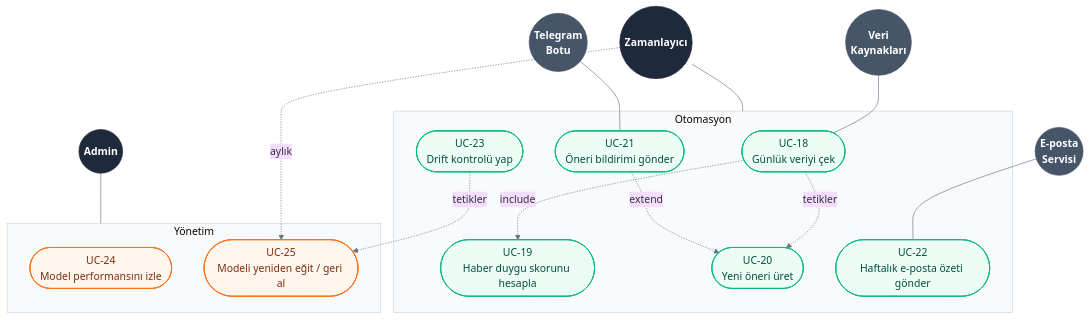
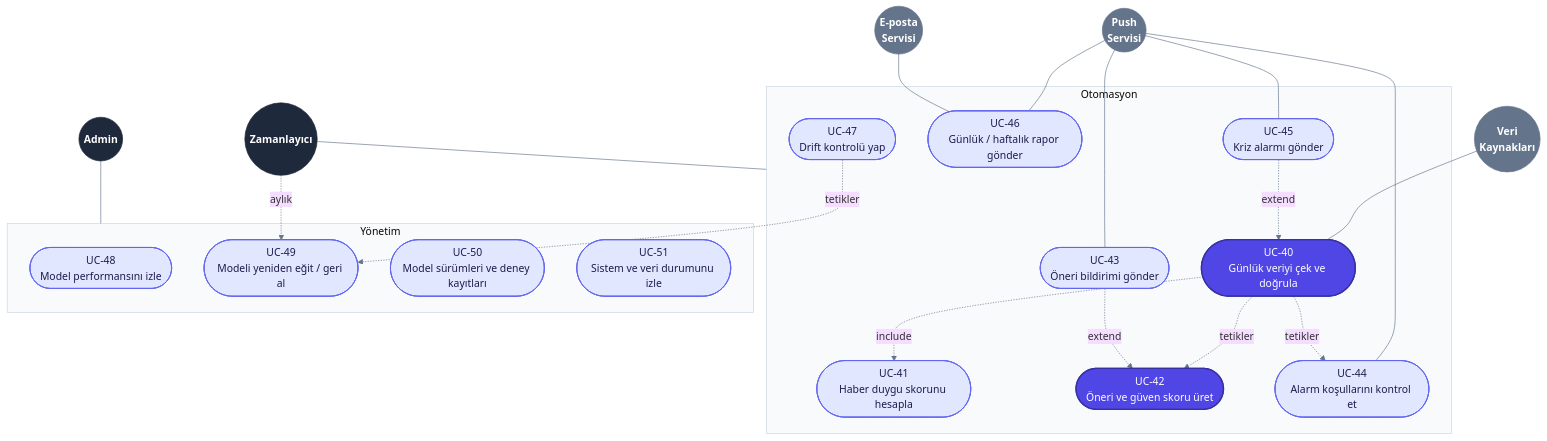
The third of 3 diagrams in docs/diagrams/use_case.md (isambais/portfoyai), drawn with Mermaid before and after one commit. The commit also changed other lines of this file, not shown here.

````diff
--- a/docs/diagrams/use_case.md
+++ b/docs/diagrams/use_case.md
@@ -80,52 +145,58 @@
 ```mermaid
 %%{init: {'theme':'base', 'themeVariables': {'fontFamily':'Arial', 'lineColor':'#64748B', 'clusterBkg':'#F8FAFC', 'clusterBorder':'#CBD5E1'}}}%%
 flowchart TB
-    %% ================= BİRİNCİL AKTÖRLER (üstte) =================
+    %% ===== AKTÖRLER (üst sıra) =====
     Z((Zamanlayıcı))
     A((Admin))
+    V((Veri<br/>Kaynakları))
+    P((Push<br/>Servisi))
+    E((E-posta<br/>Servisi))
 
-    %% ================= GRUPLAR =================
-    subgraph G5[" Otomasyon "]
-        UC18([UC-18<br/>Günlük veriyi çek])
-        UC19([UC-19<br/>Haber duygu skorunu hesapla])
-        UC20([UC-20<br/>Yeni öneri üret])
-        UC21([UC-21<br/>Öneri bildirimi gönder])
-        UC22([UC-22<br/>Haftalık e-posta özeti gönder])
-        UC23([UC-23<br/>Drift kontrolü yap])
+    %% ===== GRUPLAR =====
+    subgraph G8[" Otomasyon "]
+        UC40([UC-40<br/>Günlük veriyi çek ve doğrula])
+        UC41([UC-41<br/>Haber duygu skorunu hesapla])
+        UC42([UC-42<br/>Öneri ve güven skoru üret])
+        UC43([UC-43<br/>Öneri bildirimi gönder])
+        UC44([UC-44<br/>Alarm koşullarını kontrol et])
+        UC45([UC-45<br/>Kriz alarmı gönder])
+        UC46([UC-46<br/>Günlük / haftalık rapor gönder])
+        UC47([UC-47<br/>Drift kontrolü yap])
     end
 
-    subgraph G6[" Yönetim "]
-        UC24([UC-24<br/>Model performansını izle])
-        UC25([UC-25<br/>Modeli yeniden eğit / geri al])
+    subgraph G9[" Yönetim "]
+        UC48([UC-48<br/>Model performansını izle])
+        UC49([UC-49<br/>Modeli yeniden eğit / geri al])
+        UC50([UC-50<br/>Model sürümleri ve deney kayıtları])
+        UC51([UC-51<br/>Sistem ve veri durumunu izle])
     end
 
-    %% ================= İKİNCİL AKTÖRLER: dış sistemler (üst sırada) =================
-    V((Veri<br/>Kaynakları))
-    T((Telegram<br/>Botu))
-    E((E-posta<br/>Servisi))
+    %% ===== BAĞLANTILAR =====
+    Z --- G8
+    A --- G9
+    Z -. aylık .-> UC49
+    V --- UC40
+    P --- UC43
+    P --- UC44
+    P --- UC45
+    P --- UC46
+    E --- UC46
 
-    %% ================= BAĞLANTILAR =================
-    Z --- G5
-    A --- G6
-    Z -. aylık .-> UC25
+    UC40 -. include .-> UC41
+    UC40 -. tetikler .-> UC42
+    UC43 -. extend .-> UC42
+    UC40 -. tetikler .-> UC44
+    UC45 -. extend .-> UC40
+    UC47 -. tetikler .-> UC49
 
-    V --- UC18
-    T --- UC21
-    E --- UC22
-
-    UC18 -. include .-> UC19
-    UC18 -. tetikler .-> UC20
-    UC21 -. extend .-> UC20
-    UC23 -. tetikler .-> UC25
-
-    %% ================= STİL =================
+    %% ===== STİL (renk = öncelik) =====
     classDef actor fill:#1E293B,stroke:#1E293B,color:#FFFFFF,font-weight:bold
-    classDef ext fill:#475569,stroke:#475569,color:#FFFFFF,font-weight:bold
-    classDef auto fill:#ECFDF5,stroke:#10B981,stroke-width:1.5px,color:#064E3B
-    classDef admin fill:#FFF7ED,stroke:#F97316,stroke-width:1.5px,color:#7C2D12
+    classDef ext fill:#64748B,stroke:#64748B,color:#FFFFFF,font-weight:bold
+    classDef must fill:#4F46E5,stroke:#3730A3,stroke-width:2px,color:#FFFFFF
+    classDef should fill:#E0E7FF,stroke:#6366F1,stroke-width:1.5px,color:#1E1B4B
 
     class Z,A actor
-    class V,T,E ext
-    class UC18,UC19,UC20,UC21,UC22,UC23 auto
-    class UC24,UC25 admin
+    class V,P,E ext
+    class UC40,UC42 must
+    class UC41,UC43,UC44,UC45,UC46,UC47,UC48,UC49,UC50,UC51 should
 ```
````
